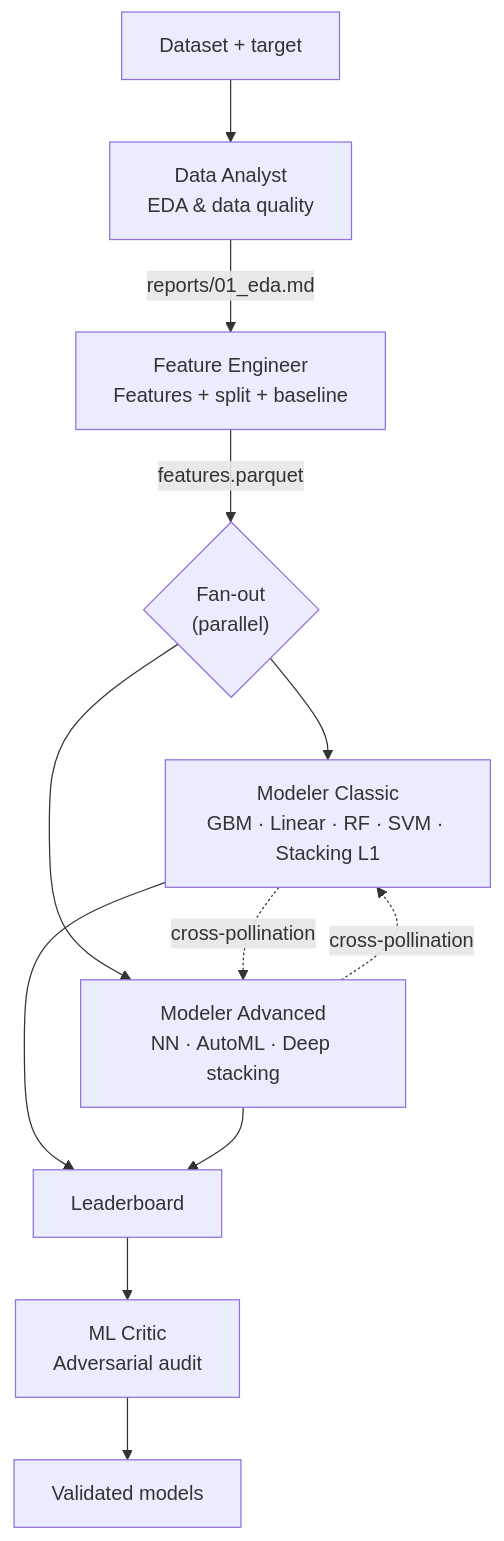
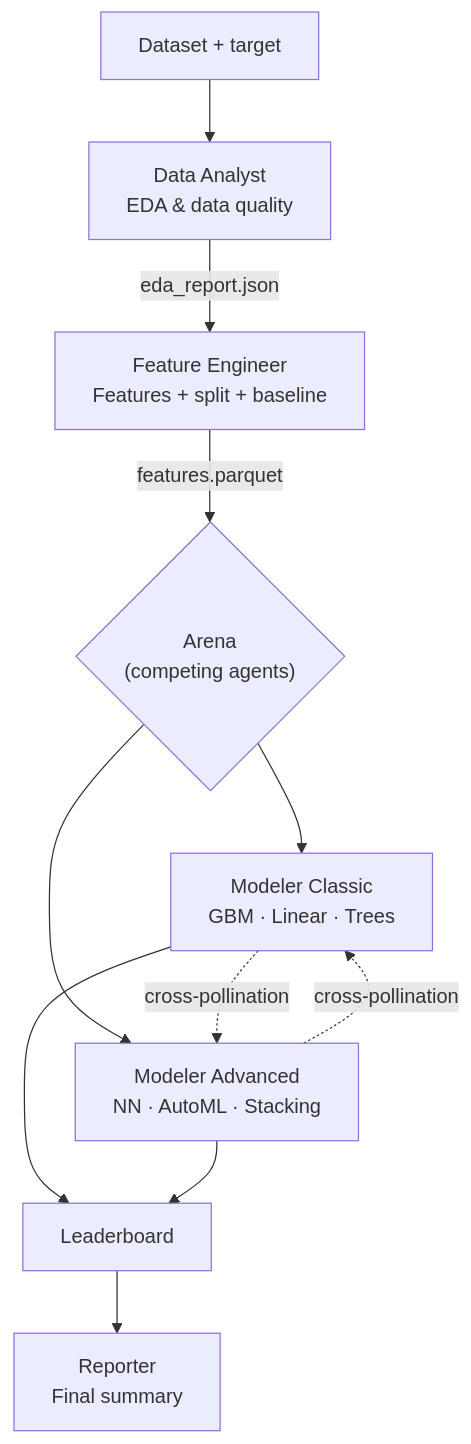
Before and after one commit to PJarbas/formiga: the first of 2 diagrams in README.md, drawn with Mermaid. The commit also changed other lines of this file and 17 other files, not shown here.

First line of the commit message:
fix: audit 6599978a — event dedup, arena stuck detection, metric inference, heartbeat backoff, reasoning fallbacks, dynamic pipeline flow, artifact auto-registration

````diff
--- a/README.md
+++ b/README.md
@@ -61,14 +53,13 @@
 ```mermaid
 flowchart TD
     Input["Dataset + target"] --> Analyst["Data Analyst<br/>EDA & data quality"]
-    Analyst -->|"reports/01_eda.md"| Engineer["Feature Engineer<br/>Features + split + baseline"]
-    Engineer -->|"features.parquet"| FanOut{"Fan-out<br/>(parallel)"}
-    FanOut --> Classic["Modeler Classic<br/>GBM · Linear · RF · SVM · Stacking L1"]
-    FanOut --> Advanced["Modeler Advanced<br/>NN · AutoML · Deep stacking"]
+    Analyst -->|"eda_report.json"| Engineer["Feature Engineer<br/>Features + split + baseline"]
+    Engineer -->|"features.parquet"| Arena{"Arena<br/>(competing agents)"}
+    Arena --> Classic["Modeler Classic<br/>GBM · Linear · Trees"]
+    Arena --> Advanced["Modeler Advanced<br/>NN · AutoML · Stacking"]
     Classic -. cross-pollination .-> Advanced
     Advanced -. cross-pollination .-> Classic
     Classic --> Board["Leaderboard"]
     Advanced --> Board
-    Board --> Critic["ML Critic<br/>Adversarial audit"]
-    Critic --> Out["Validated models"]
+    Board --> Report["Reporter<br/>Final summary"]
 ```
````
